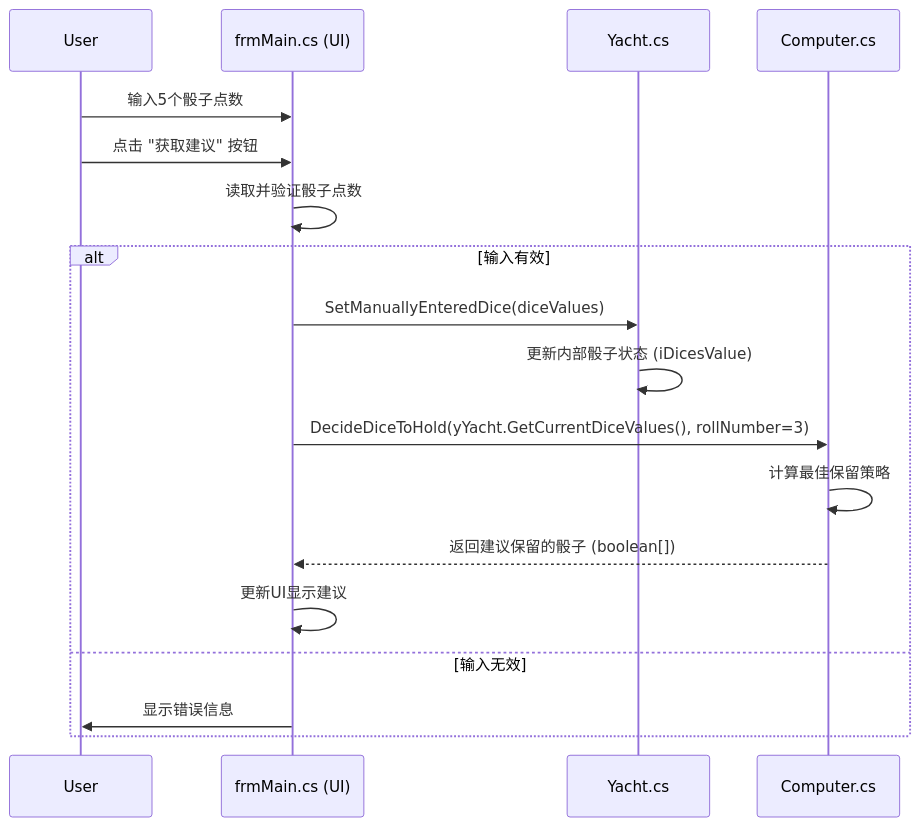
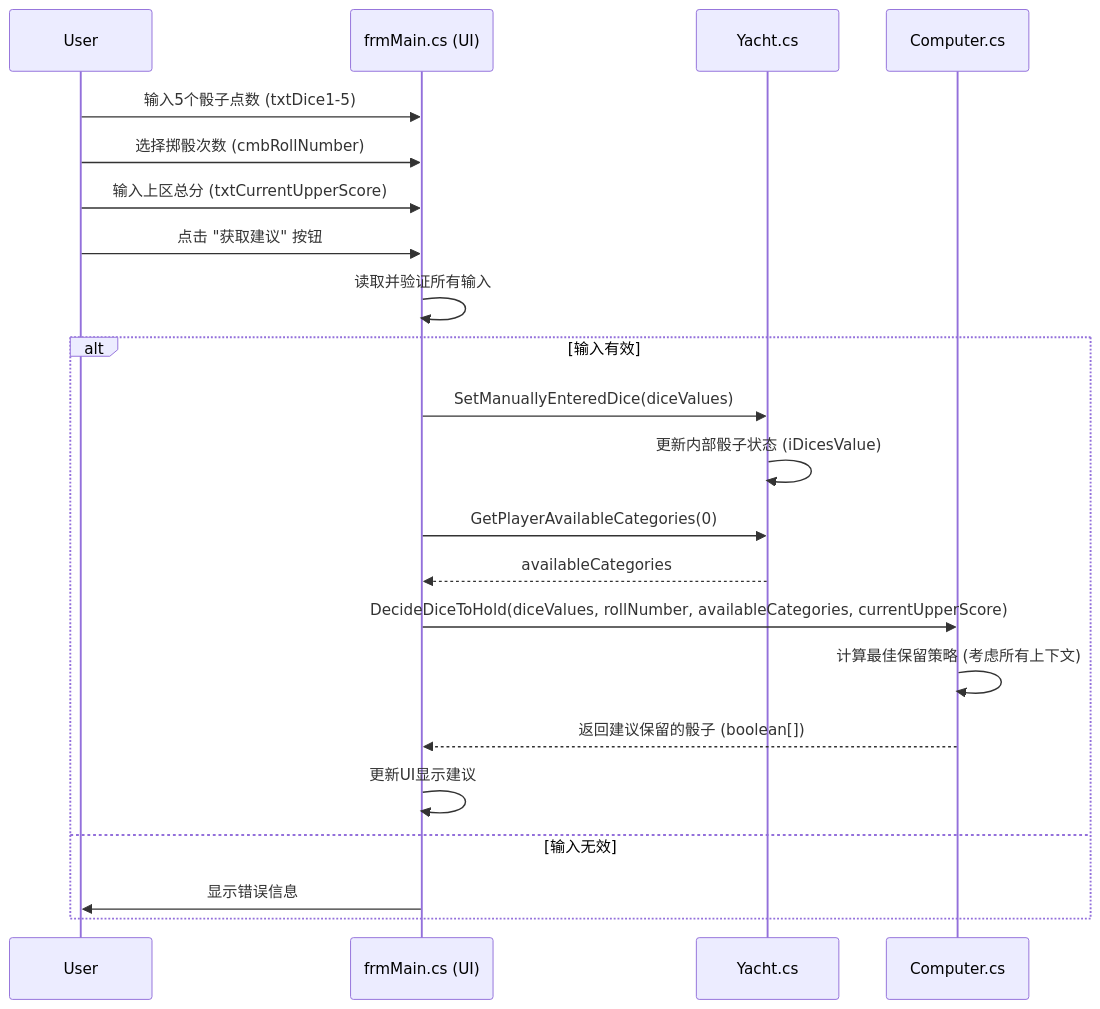
Before and after one commit to harjeb/yacht: the diagram in memory-bank/architecture.md, drawn with Mermaid. The commit also changed other lines of this file and 10 other files, not shown here.

````diff
--- a/memory-bank/architecture.md
+++ b/memory-bank/architecture.md
@@ -137,21 +133,25 @@
 ```mermaid
 sequenceDiagram
     participant User
     participant frmMain as frmMain.cs (UI)
     participant yYacht as Yacht.cs
     participant compPlayer as Computer.cs
 
-    User->>frmMain: 输入5个骰子点数
+    User->>frmMain: 输入5个骰子点数 (txtDice1-5)
+    User->>frmMain: 选择掷骰次数 (cmbRollNumber)
+    User->>frmMain: 输入上区总分 (txtCurrentUpperScore)
     User->>frmMain: 点击 "获取建议" 按钮
-    frmMain->>frmMain: 读取并验证骰子点数
+    frmMain->>frmMain: 读取并验证所有输入
     alt 输入有效
         frmMain->>yYacht: SetManuallyEnteredDice(diceValues)
         yYacht->>yYacht: 更新内部骰子状态 (iDicesValue)
-        frmMain->>compPlayer: DecideDiceToHold(yYacht.GetCurrentDiceValues(), rollNumber=3)
-        compPlayer->>compPlayer: 计算最佳保留策略
+        frmMain->>yYacht: GetPlayerAvailableCategories(0)
+        yYacht-->>frmMain: availableCategories
+        frmMain->>compPlayer: DecideDiceToHold(diceValues, rollNumber, availableCategories, currentUpperScore)
+        compPlayer->>compPlayer: 计算最佳保留策略 (考虑所有上下文)
         compPlayer-->>frmMain: 返回建议保留的骰子 (boolean[])
         frmMain->>frmMain: 更新UI显示建议
     else 输入无效
         frmMain->>User: 显示错误信息
     end
 ```
````
